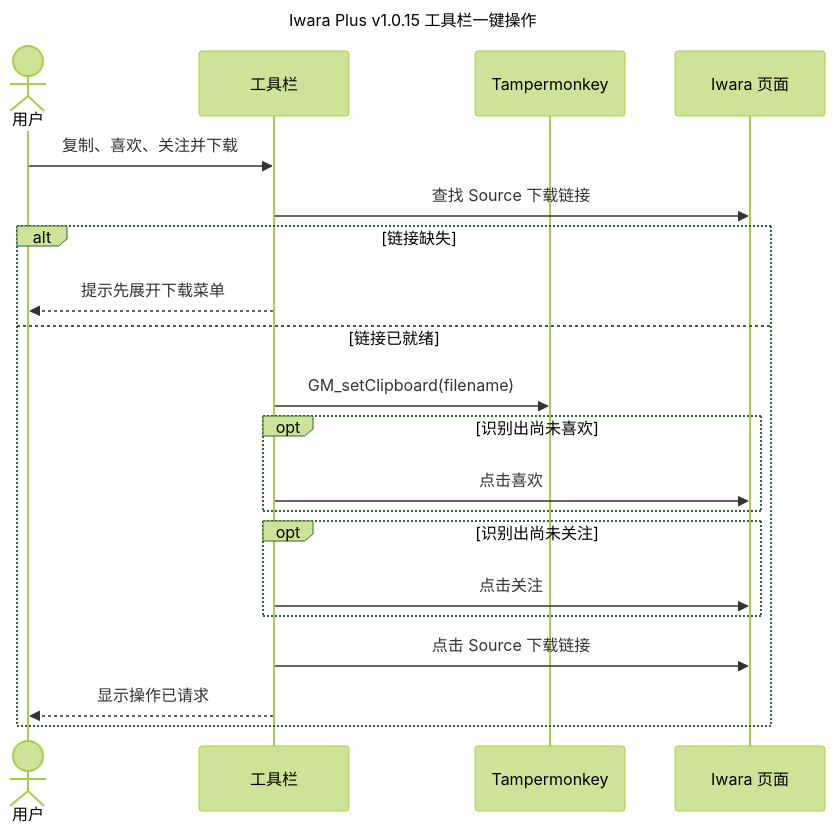
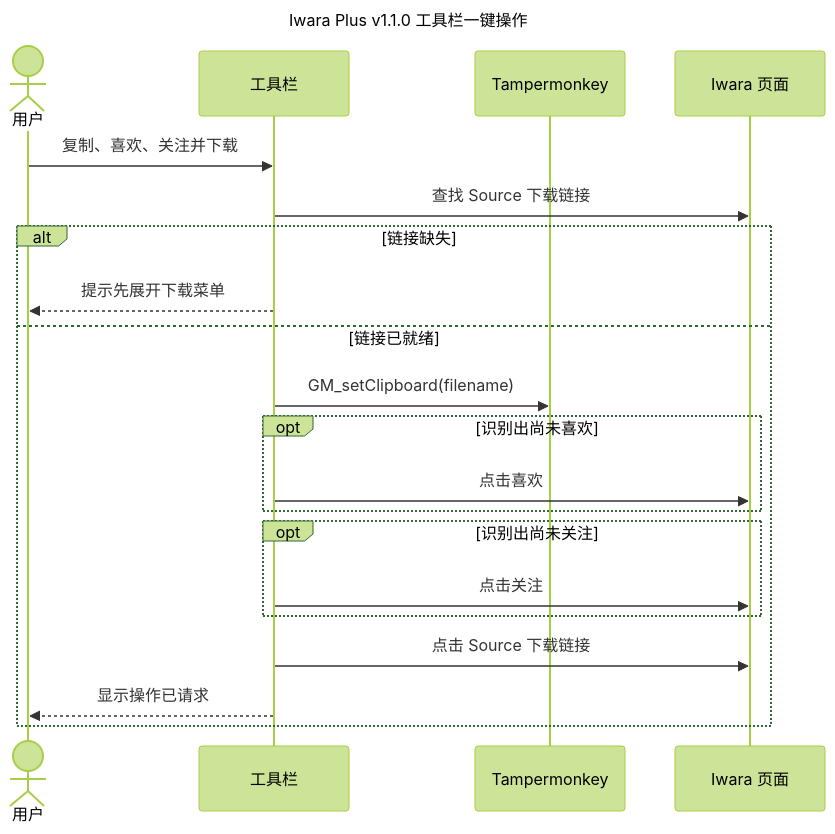
One commit to lhYanghc/iwara-plus changed the fourth of 6 diagrams in docs/architecture.zh-CN.md. Above: the diagram before and after it, drawn with Mermaid (forest theme). The commit also changed other lines of this file and 9 other files, not shown here.

````diff
--- a/docs/architecture.zh-CN.md
+++ b/docs/architecture.zh-CN.md
@@ -127,25 +131,25 @@
 ```mermaid
 ---
-title: Iwara Plus v1.0.15 工具栏一键操作
+title: Iwara Plus v1.1.0 工具栏一键操作
 ---
 sequenceDiagram
     actor U as 用户
     participant T as 工具栏
     participant G as Tampermonkey
     participant D as Iwara 页面
     U->>T: 复制、喜欢、关注并下载
     T->>D: 查找 Source 下载链接
     alt 链接缺失
         T-->>U: 提示先展开下载菜单
     else 链接已就绪
         T->>G: GM_setClipboard(filename)
         opt 识别出尚未喜欢
             T->>D: 点击喜欢
         end
         opt 识别出尚未关注
             T->>D: 点击关注
         end
         T->>D: 点击 Source 下载链接
         T-->>U: 显示操作已请求
     end
 ```
````
